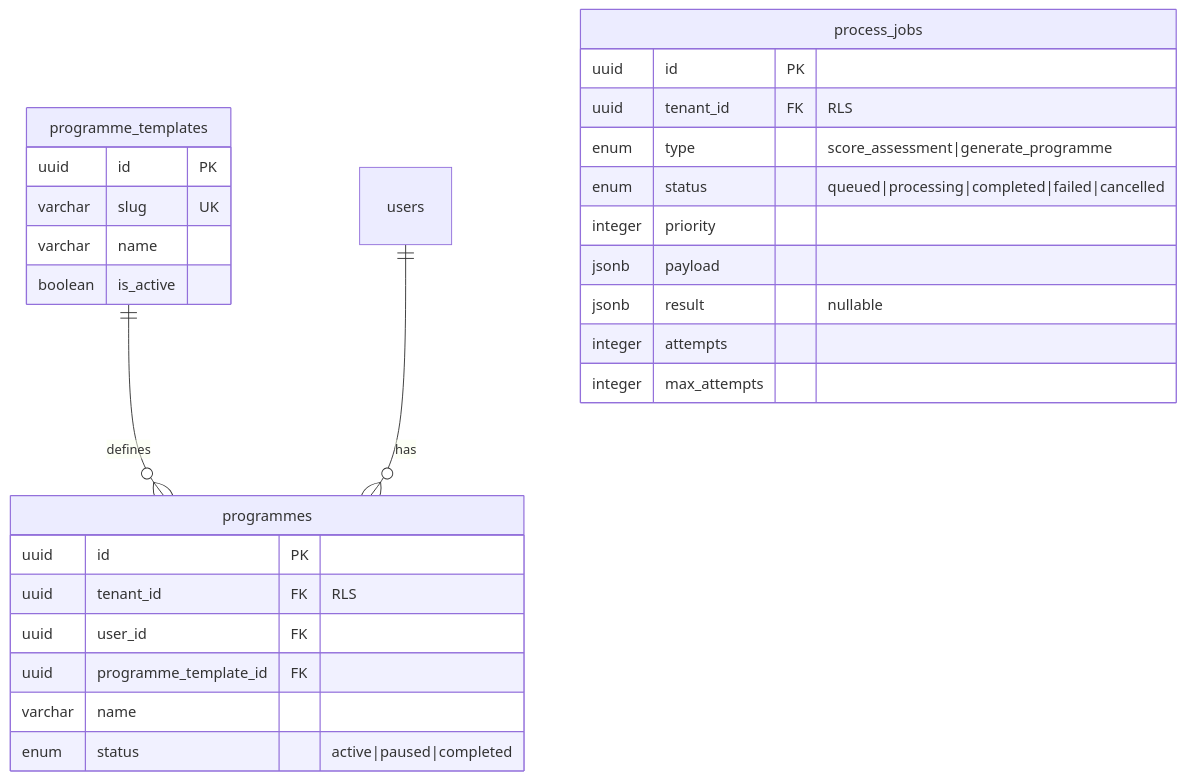
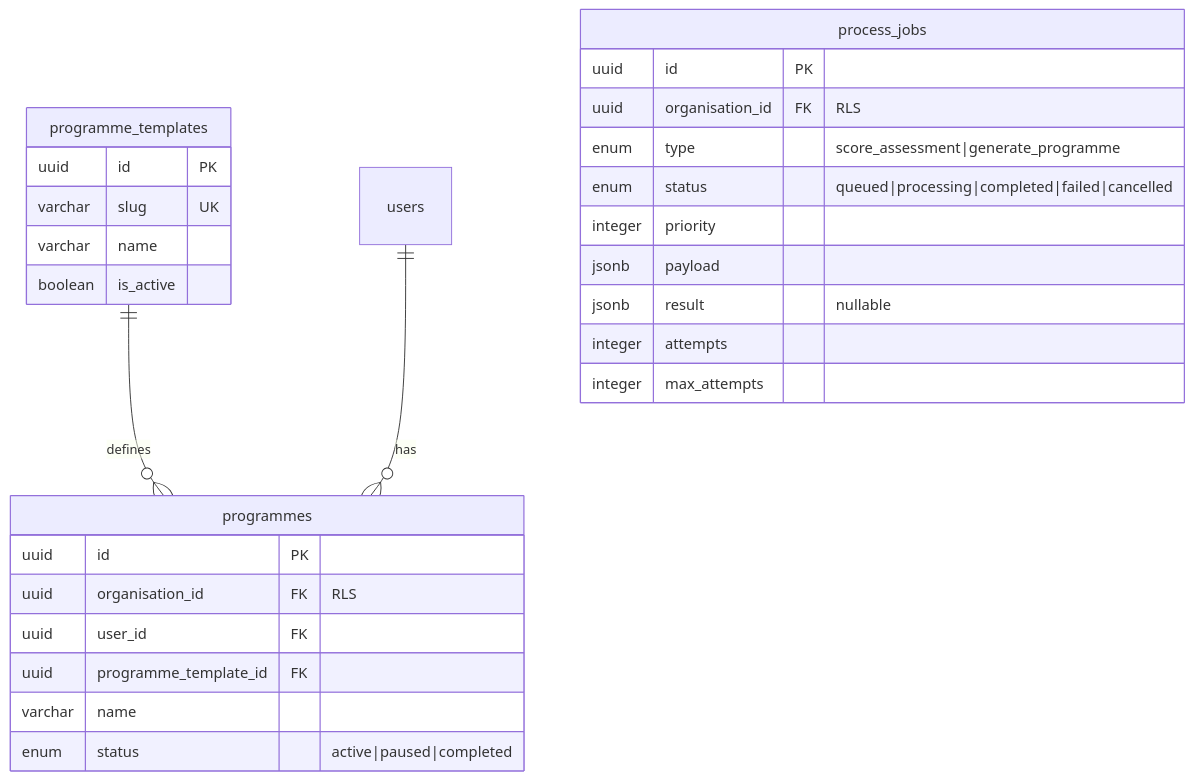
One commit to ChrisTregaskis/ffp changed the third of 3 diagrams in project-documentation/ffp_erd.md. Above: the diagram before and after it, drawn with Mermaid. The commit also changed other lines of this file and 22 other files, not shown here.

````diff
--- a/project-documentation/ffp_erd.md
+++ b/project-documentation/ffp_erd.md
@@ -135,33 +135,33 @@
 ```mermaid
 erDiagram
     programme_templates ||--o{ programmes : "defines"
     users ||--o{ programmes : "has"
 
     programme_templates {
         uuid id PK
         varchar slug UK
         varchar name
         boolean is_active
     }
 
     programmes {
         uuid id PK
-        uuid tenant_id FK "RLS"
+        uuid organisation_id FK "RLS"
         uuid user_id FK
         uuid programme_template_id FK
         varchar name
         enum status "active|paused|completed"
     }
 
     process_jobs {
         uuid id PK
-        uuid tenant_id FK "RLS"
+        uuid organisation_id FK "RLS"
         enum type "score_assessment|generate_programme"
         enum status "queued|processing|completed|failed|cancelled"
         integer priority
         jsonb payload
         jsonb result "nullable"
         integer attempts
         integer max_attempts
     }
 ```
````
